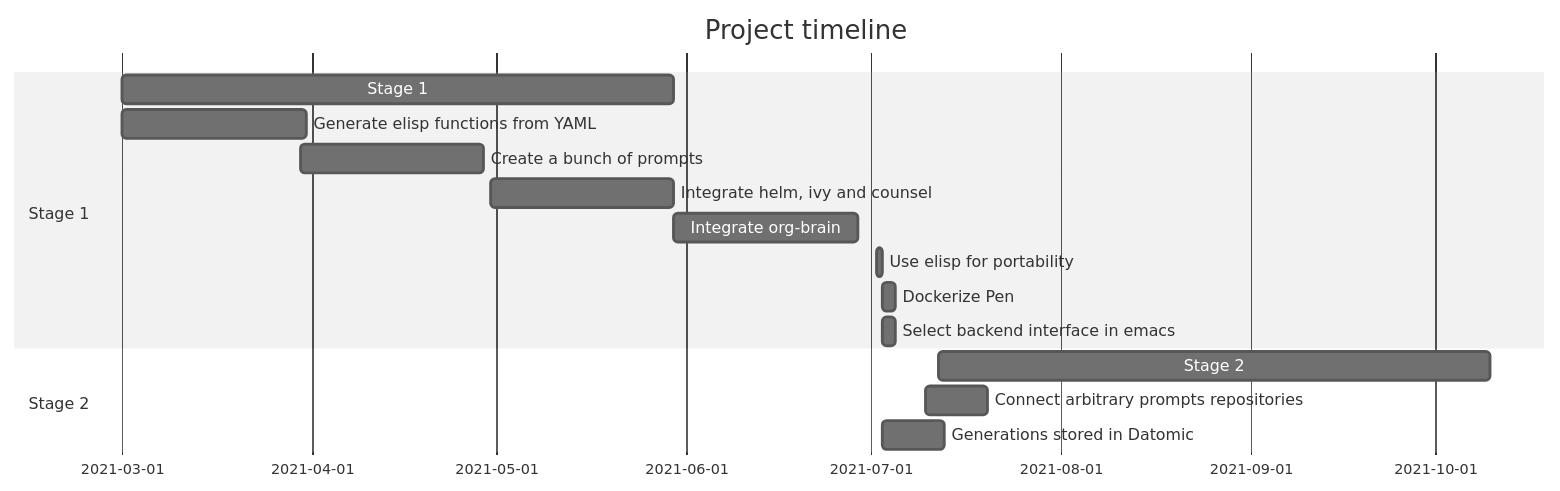
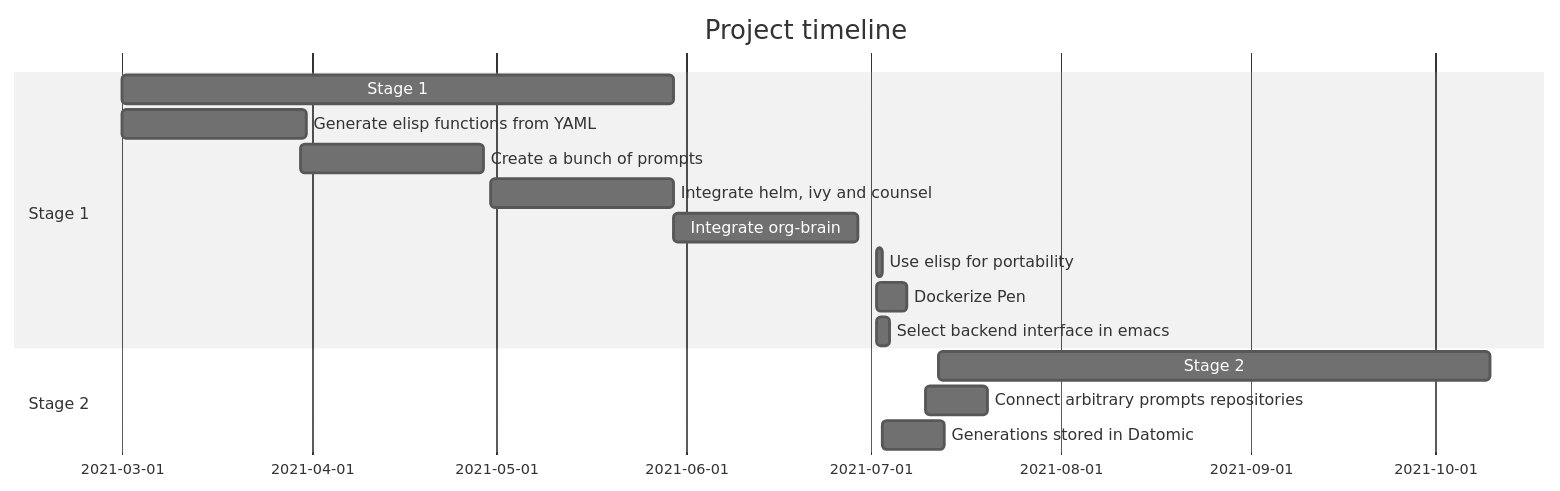
The diagram in docs/README.org (semiosis/pen.el), drawn with Mermaid (neutral theme) before and after one commit.

Commit message:
Fri 02 Jul 2021 16:11:16

```diff
--- a/docs/README.org
+++ b/docs/README.org
@@ -19,18 +19,18 @@
 #+BEGIN_SRC mermaid :results raw :file project-timeline.png
 gantt
         title Project timeline
         dateFormat  YYYY-MM-DD
         section Stage 1
         Stage 1    :s1, 2021-03-01, 90d
         Generate elisp functions from YAML    :a1, 2021-03-01, 30d
         Create a bunch of prompts     :a3, 2021-03-30, 30d
         Integrate helm, ivy and counsel     :a4, 2021-04-30, 30d
         Integrate org-brain     :a5, 2021-05-30, 30d
         Use elisp for portability     :b2, 2021-07-02, 1d
-        Dockerize Pen     :after a2  , 2d
-        Select backend interface in emacs     :after a2  , 2d
+        Dockerize Pen     :after b3  , 5d
+        Select backend interface in emacs     :after b3  , 2d
         section Stage 2
         Stage 2   :s2, 2021-07-12, 90d
         Connect arbitrary prompts repositories :b1, 2021-07-10, 10d
         Generations stored in Datomic :after a2  , 10d
 #+END_SRC
```
